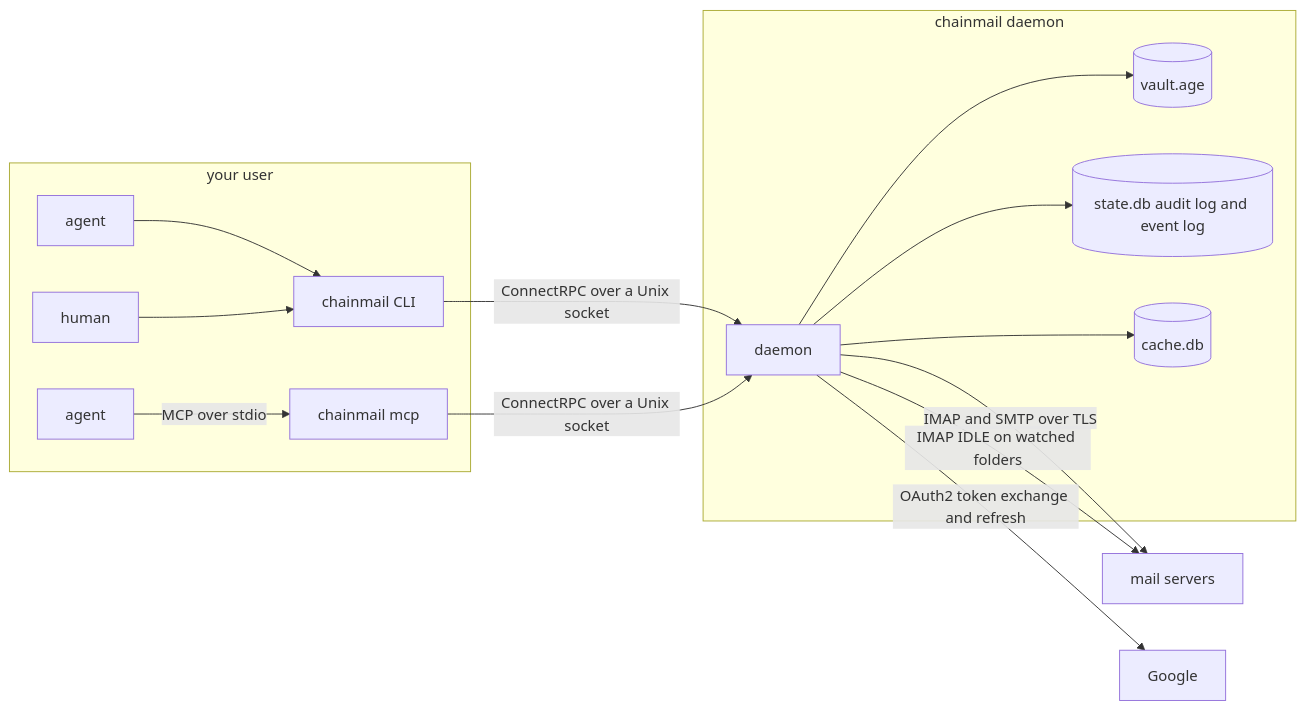
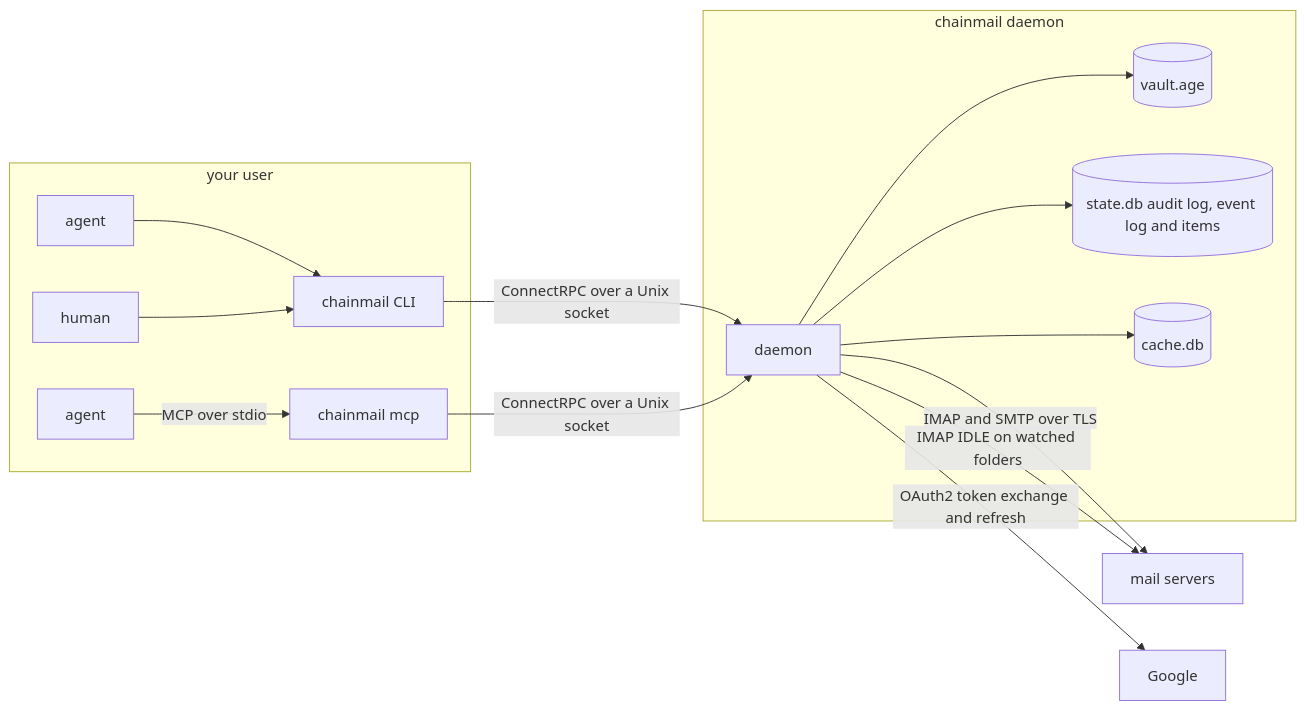
The diagram in README.md (yaklabco/chainmail), drawn with Mermaid before and after one commit. The commit also changed other lines of this file and 162 other files, not shown here.

````diff
--- a/README.md
+++ b/README.md
@@ -7,18 +7,18 @@
 ```mermaid
 flowchart LR
   subgraph you["your user"]
     A1[agent] --> CLI[chainmail CLI]
     A2[agent] -- "MCP over stdio" --> MCP[chainmail mcp]
     H[human] --> CLI
   end
   CLI -- "ConnectRPC over a Unix socket" --> D
   MCP -- "ConnectRPC over a Unix socket" --> D
   subgraph daemon["chainmail daemon"]
     D[daemon] --> V[(vault.age)]
-    D --> S[(state.db audit log and event log)]
+    D --> S[(state.db audit log, event log and items)]
     D --> C[(cache.db)]
   end
   D -- "IMAP and SMTP over TLS" --> M[mail servers]
   D -- "IMAP IDLE on watched folders" --> M
   D -- "OAuth2 token exchange and refresh" --> G[Google]
 ```
````
